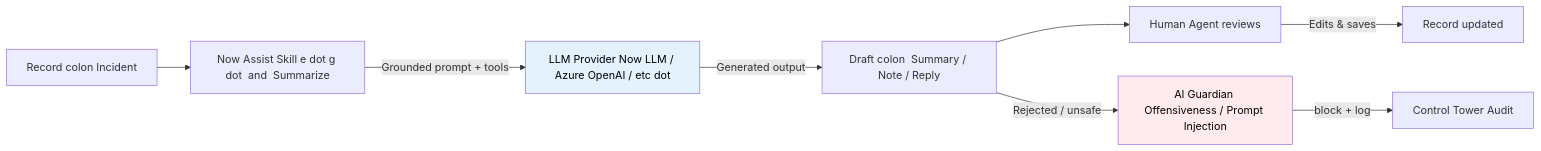
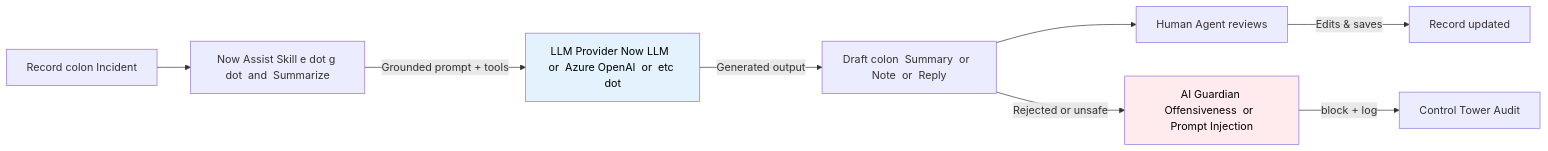
The third of 6 diagrams in docs/modules/ai/ai-guide.md (eltonaguiar/ServiceNow_Learning_TSOM-_CSM_FSM_SalesCRM_HAM_ITSM), drawn with Mermaid before and after one commit. The commit also changed other lines of this file and 19 other files, not shown here.

First line of the commit message:
Fix Mermaid diagram syntax errors - replace problematic chars in text content only

````diff
--- a/docs/modules/ai/ai-guide.md
+++ b/docs/modules/ai/ai-guide.md
@@ -1121,13 +1121,13 @@
 ```mermaid
 flowchart LR
     Rec[Record colon  Incident] --> Skill[Now Assist Skill e dot g dot  and  Summarize]
-    Skill -->|Grounded prompt + tools| LLM[LLM Provider Now LLM / Azure OpenAI / etc dot ]
-    LLM -->|Generated output| Out[Draft colon  Summary / Note / Reply]
+    Skill -->|Grounded prompt + tools| LLM[LLM Provider Now LLM  or  Azure OpenAI  or  etc dot ]
+    LLM -->|Generated output| Out[Draft colon  Summary  or  Note  or  Reply]
     Out --> Agent[Human Agent reviews]
     Agent -->|Edits & saves| Rec2[Record updated]
-    Out -->|Rejected / unsafe| Guardian[AI Guardian Offensiveness / Prompt Injection]
+    Out -->|Rejected  or  unsafe| Guardian[AI Guardian Offensiveness  or  Prompt Injection]
     Guardian -->|block + log| Alert[Control Tower Audit]
 
     style LLM fill:#e3f2fd,color:#000
     style Guardian fill:#ffebee,color:#000
 ```
````
